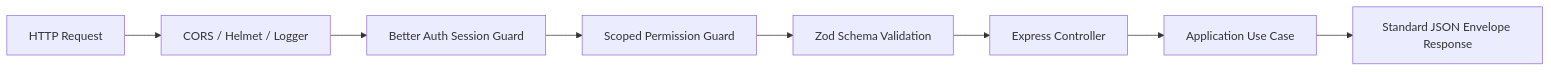
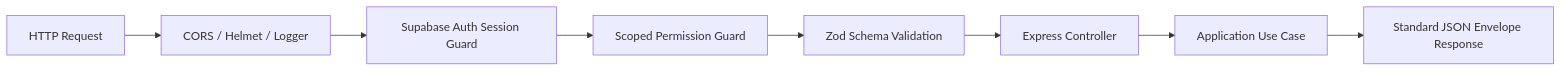
One commit to Hitsanat-Kfl/hitsanat changed the diagram in docs/api/overview.md. Above: the diagram before and after it, drawn with Mermaid. The commit also changed other lines of this file and 59 other files, not shown here.

````diff
--- a/docs/api/overview.md
+++ b/docs/api/overview.md
@@ -12,10 +12,10 @@
 ```mermaid
 graph LR
     Request[HTTP Request] --> GlobalMiddlewares[CORS / Helmet / Logger]
-    GlobalMiddlewares --> AuthGuard[Better Auth Session Guard]
+    GlobalMiddlewares --> AuthGuard[Supabase Auth Session Guard]
     AuthGuard --> ScopeGuard[Scoped Permission Guard]
     ScopeGuard --> ZodValidator[Zod Schema Validation]
     ZodValidator --> Controller[Express Controller]
     Controller --> UseCase[Application Use Case]
     UseCase --> JSONResponse[Standard JSON Envelope Response]
 ```
````
